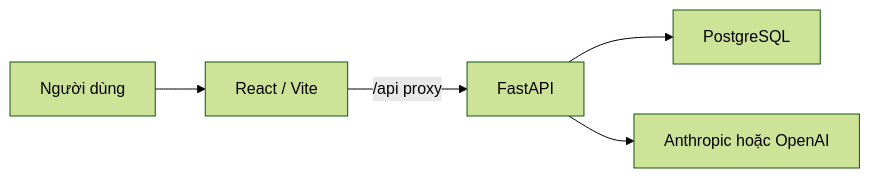
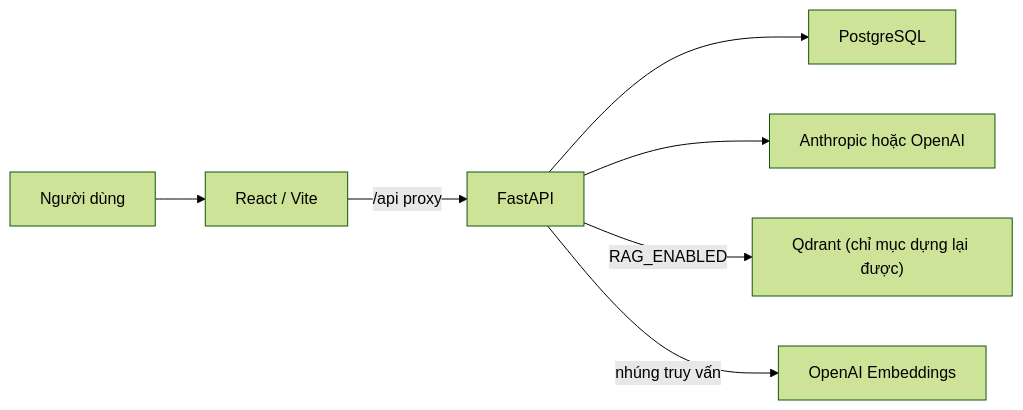
Before and after one commit to HoaggHuyNgx/VieTaxLegal: the diagram in README.md, drawn with Mermaid (forest theme). The commit also changed other lines of this file and 1 other file, not shown here.

Commit message:
docs: document docker, auth, logging, RAG and eval workflows

````diff
--- a/README.md
+++ b/README.md
@@ -30,7 +38,9 @@
 ```mermaid
 flowchart LR
     U["Người dùng"] --> F["React / Vite"]
     F -->|"/api proxy"| B["FastAPI"]
     B --> D["PostgreSQL"]
     B --> A["Anthropic hoặc OpenAI"]
+    B -->|"RAG_ENABLED"| Q["Qdrant (chỉ mục dựng lại được)"]
+    B -->|"nhúng truy vấn"| E["OpenAI Embeddings"]
 ```
````
